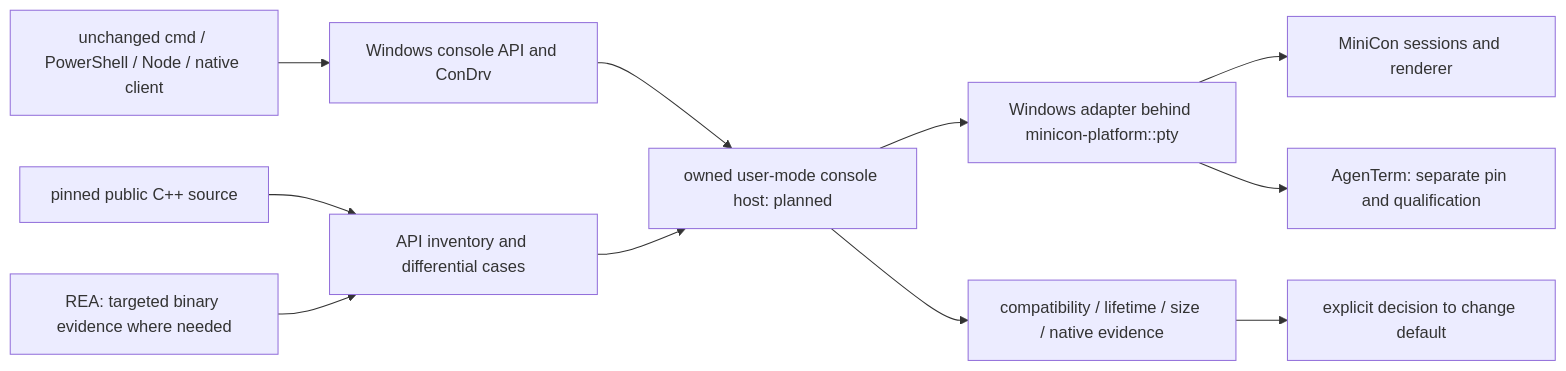
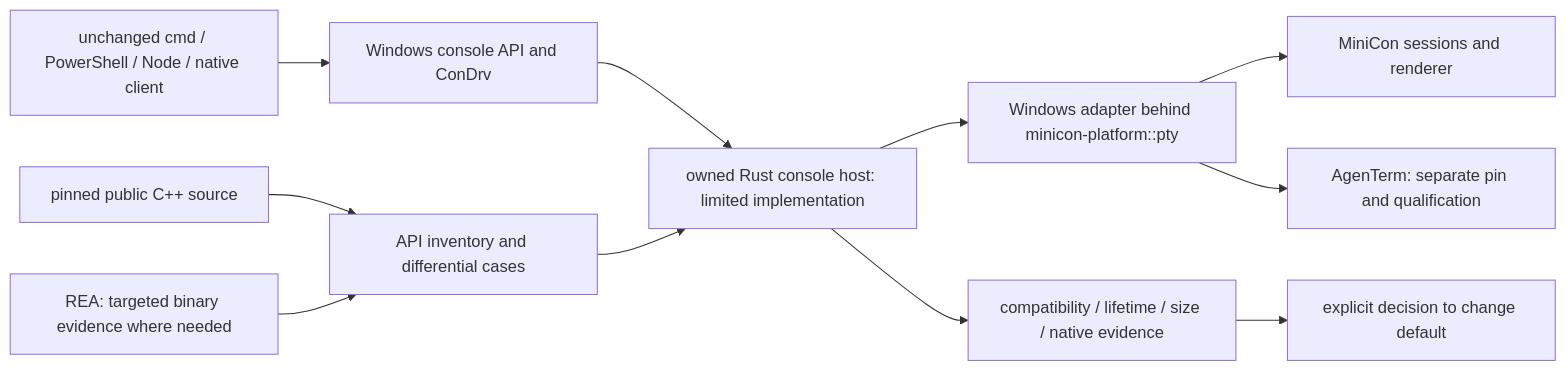
The diagram in prd/PRD_02_34_windows_console_backend.md (partnernetsoftware/minicon), drawn with Mermaid before and after one commit. The commit also changed other lines of this file and 10 other files, not shown here.

Commit message:
feat(console): serve real cmd output through the owned Rust host

````diff
--- a/prd/PRD_02_34_windows_console_backend.md
+++ b/prd/PRD_02_34_windows_console_backend.md
@@ -42,13 +45,13 @@
 ```mermaid
 flowchart LR
     CLIENT["unchanged cmd / PowerShell / Node / native client"] --> API["Windows console API and ConDrv"]
-    API --> HOST["owned user-mode console host: planned"]
+    API --> HOST["owned Rust console host: limited implementation"]
     HOST --> ADAPTER["Windows adapter behind minicon-platform::pty"]
     ADAPTER --> MC["MiniCon sessions and renderer"]
     ADAPTER --> AG["AgenTerm: separate pin and qualification"]
     SRC["pinned public C++ source"] --> SPEC["API inventory and differential cases"]
     REA["REA: targeted binary evidence where needed"] --> SPEC
     SPEC --> HOST
     GATE["compatibility / lifetime / size / native evidence"] --> DEFAULT["explicit decision to change default"]
     HOST --> GATE
 ```
````
